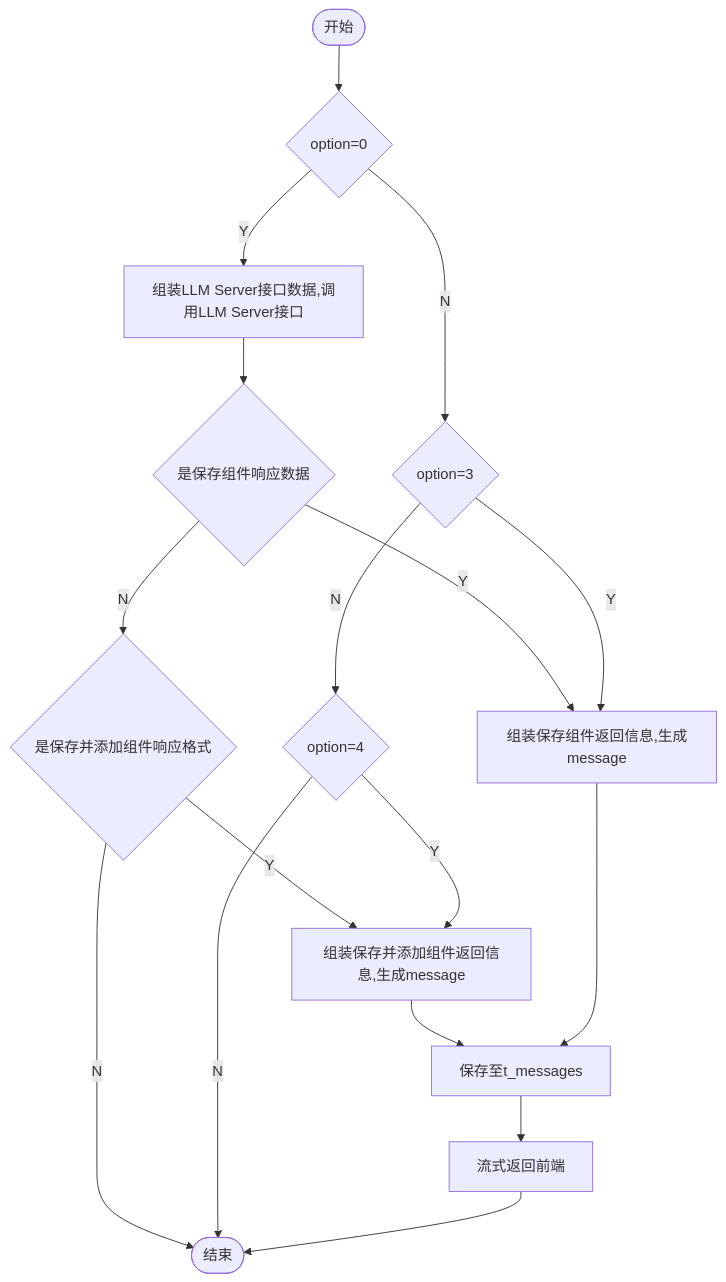
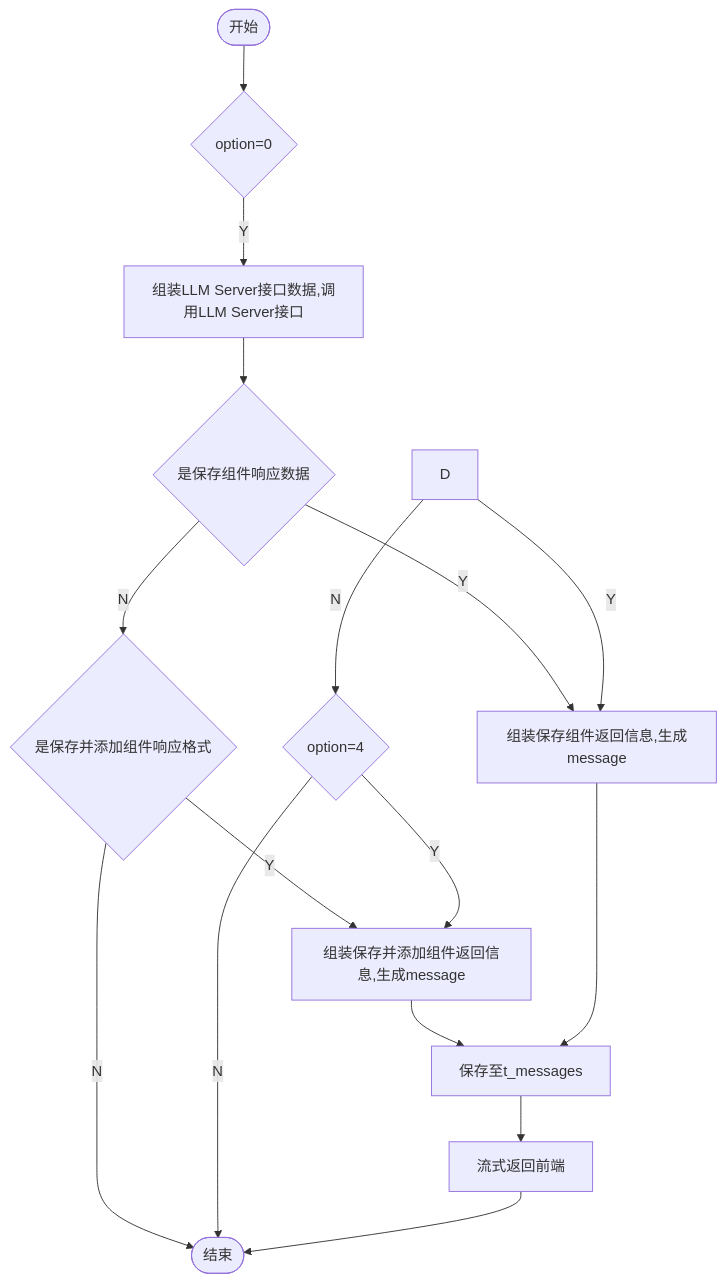
The diagram in all/添加保存组件.md (yingjianzh/iodraw-files), drawn with Mermaid before and after one commit.

Commit message:
2024-10-14 13:39:22 update

````diff
--- a/all/添加保存组件.md
+++ b/all/添加保存组件.md
@@ -1,19 +1,19 @@
 ```mermaid
 flowchart TD
     A([开始]) --> B{option=0}
     B -- Y --> C[组装LLM Server接口数据,调用LLM Server接口]
-    B -- N --> D{option=3}
+    
     C --> E{是保存组件响应数据}
     E -- Y --> F[组装保存组件返回信息,生成message]
     E -- N --> L{是保存并添加组件响应格式}
     L -- Y --> K
     L -- N --> I
     D -- Y --> F
     D -- N --> J{option=4}
     J -- Y --> K[组装保存并添加组件返回信息,生成message]
     K --> G
     J -- N --> I
     F --> G[保存至t_messages]
     G --> H[流式返回前端]
     H --> I([结束])
 ```
````
